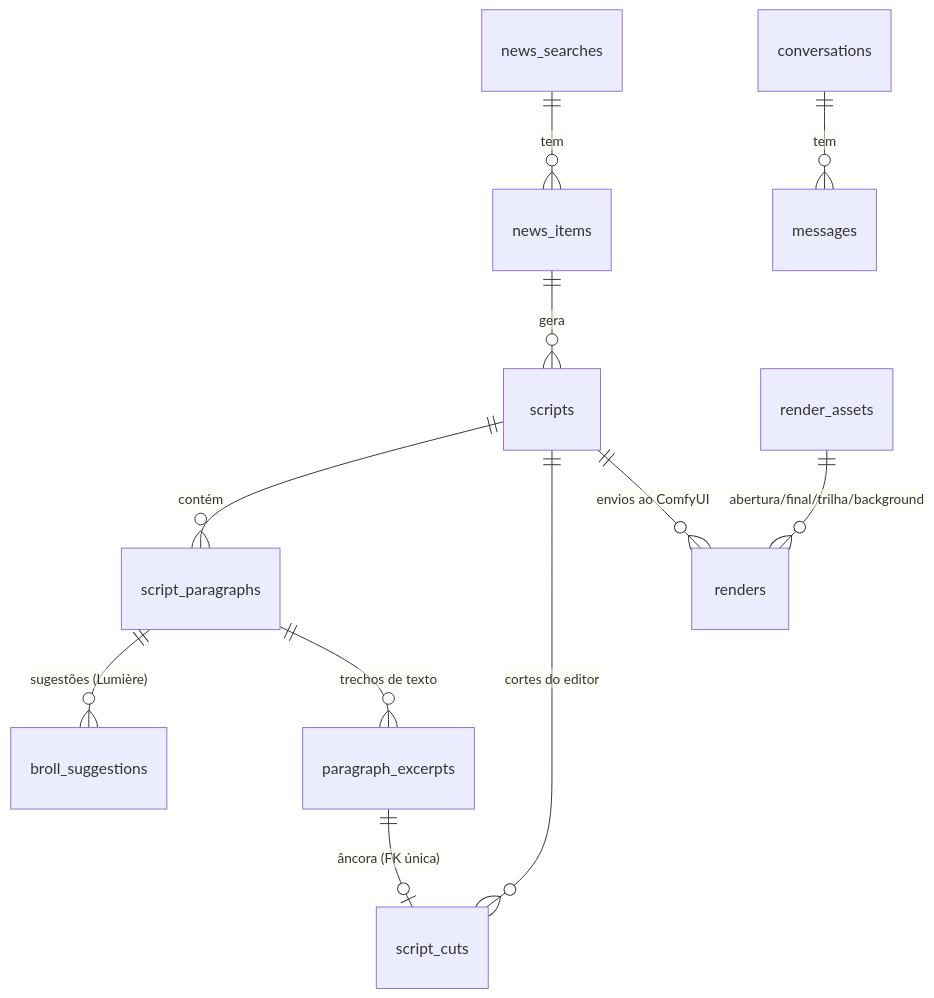
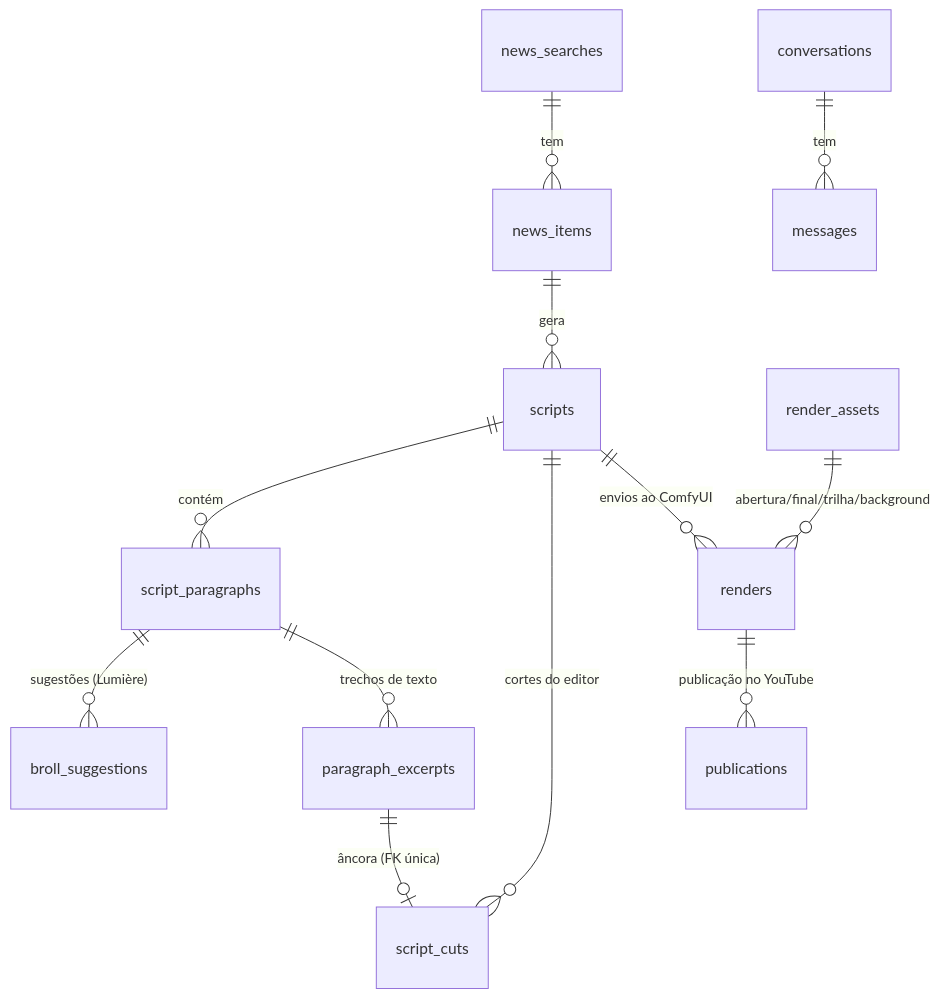
The diagram in docs/banco-de-dados.md (ricardorise/KontrulGeradorConteudo), drawn with Mermaid before and after one commit. The commit also changed other lines of this file and 45 other files, not shown here.

Commit message:
Publicação no YouTube: descrição (Jules Verne), título/tags (Youtoba), resumo editável, chat e botão Publicar (Sniper)

````diff
--- a/docs/banco-de-dados.md
+++ b/docs/banco-de-dados.md
@@ -43,13 +44,14 @@
 ```mermaid
 erDiagram
     news_searches ||--o{ news_items : tem
     news_items ||--o{ scripts : gera
     scripts ||--o{ script_paragraphs : contém
     script_paragraphs ||--o{ broll_suggestions : "sugestões (Lumière)"
     scripts ||--o{ script_cuts : "cortes do editor"
     script_paragraphs ||--o{ paragraph_excerpts : "trechos de texto"
     paragraph_excerpts ||--o| script_cuts : "âncora (FK única)"
     scripts ||--o{ renders : "envios ao ComfyUI"
     render_assets ||--o{ renders : "abertura/final/trilha/background"
+    renders ||--o{ publications : "publicação no YouTube"
     conversations ||--o{ messages : tem
 ```
````
